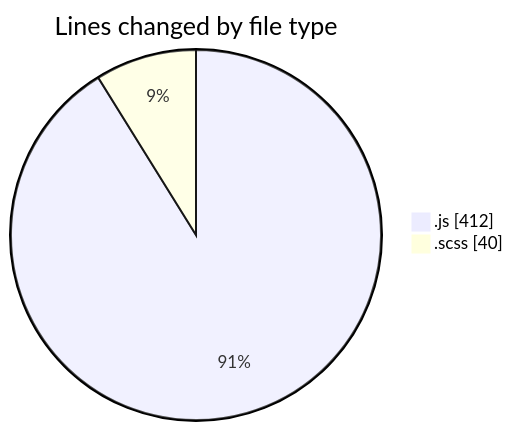
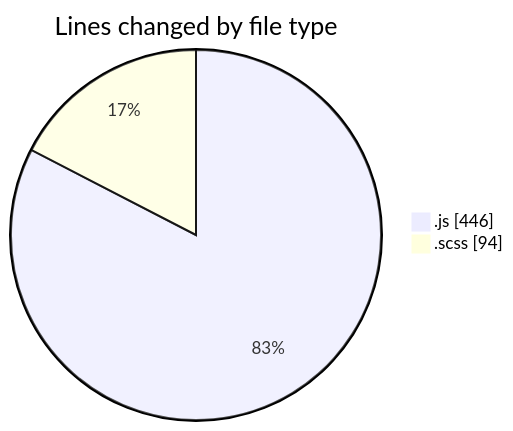
The first of 2 diagrams in 2026-01-05/cda/README.md (momahboobian/code-tracking), drawn with Mermaid before and after one commit. The commit also changed other lines of this file and 1 other file, not shown here.

````diff
--- a/2026-01-05/cda/README.md
+++ b/2026-01-05/cda/README.md
@@ -22,6 +25,6 @@
 ```mermaid
 pie showData
 title Lines changed by file type
-".js" : 412
-".scss" : 40
+".js" : 446
+".scss" : 94
 ```
````
